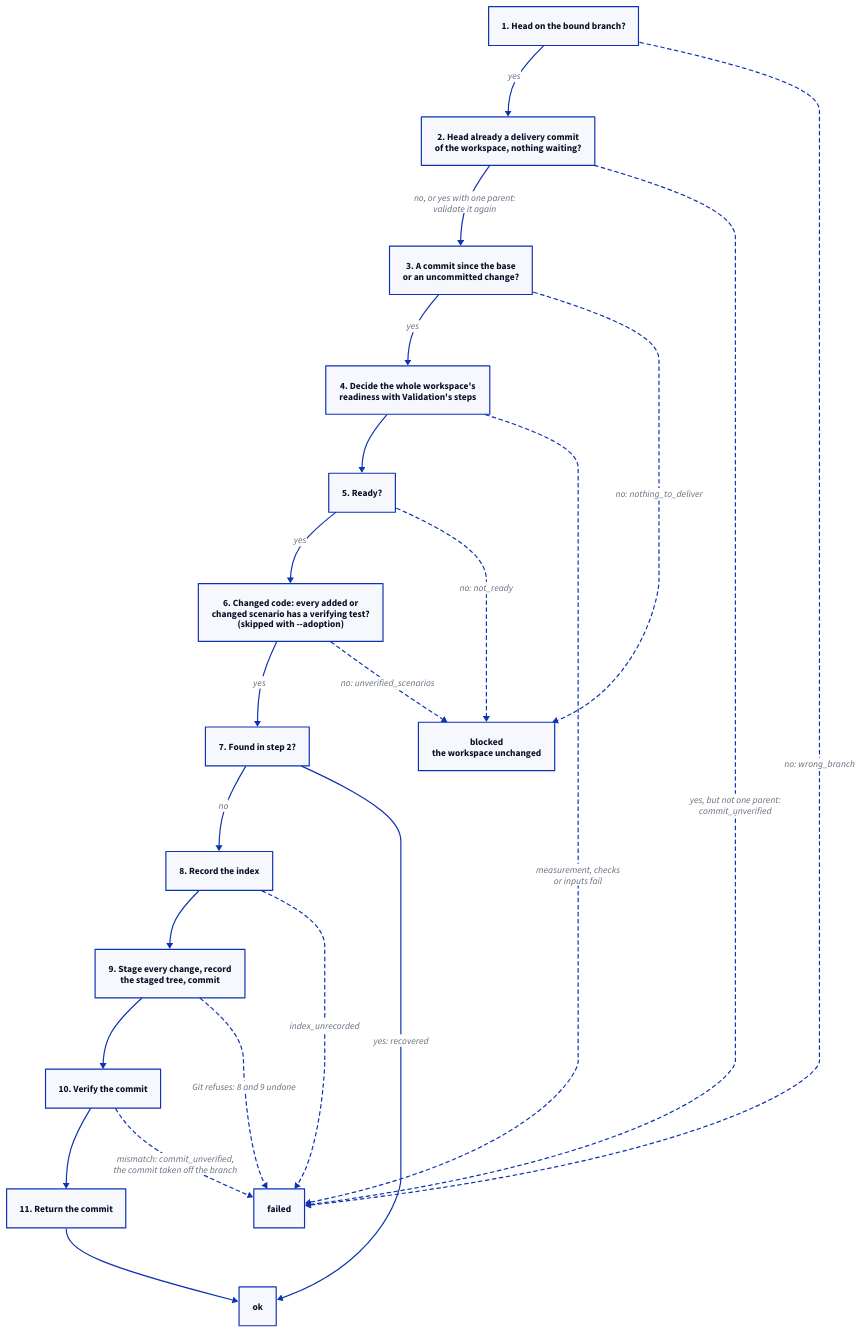
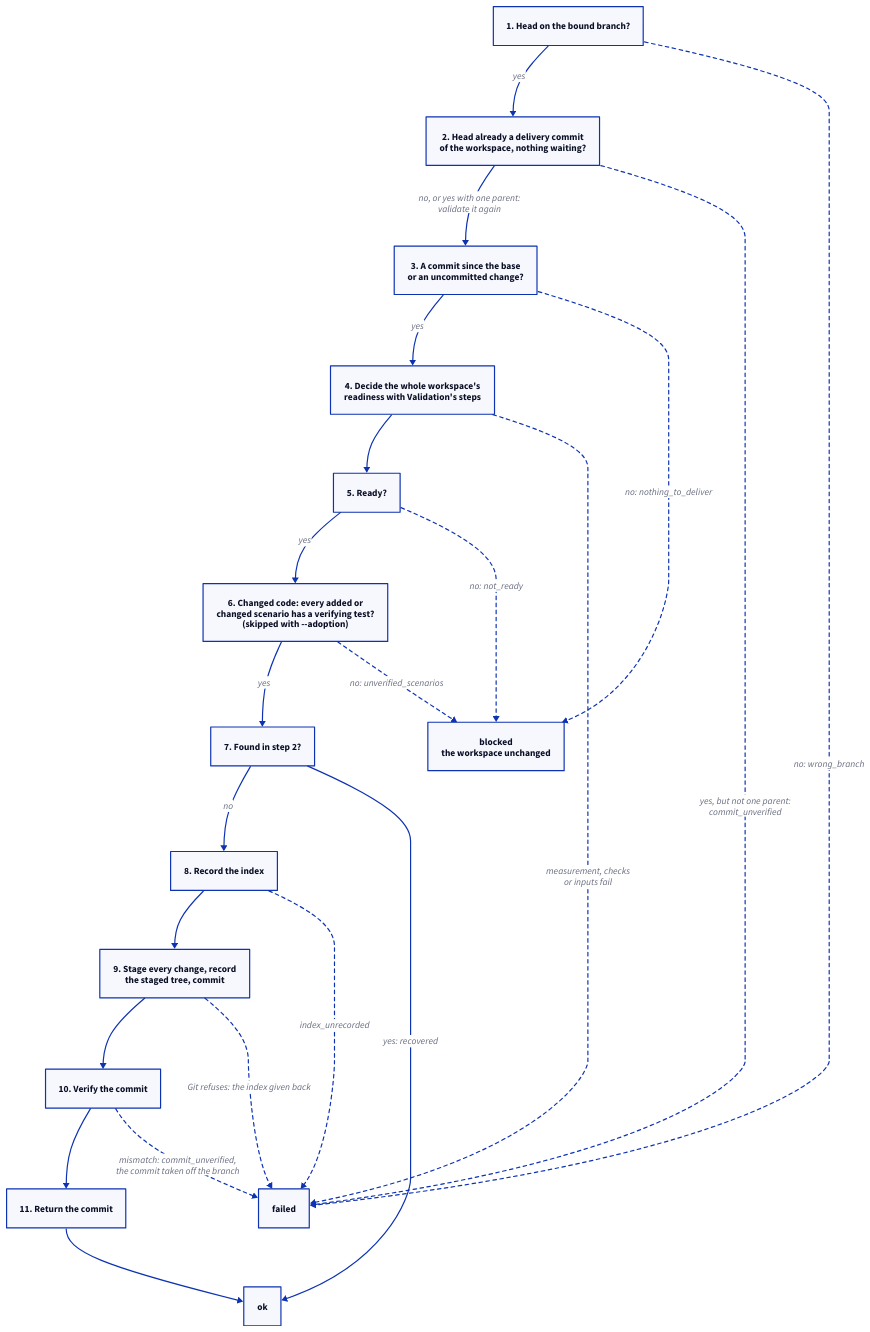
Before and after one commit to FTOD/concorde: the diagram in specs/concorde/method/delivery/module.md, drawn with D2. The commit also changed other lines of this file and 5 other files, not shown here.

````diff
--- a/specs/concorde/method/delivery/module.md
+++ b/specs/concorde/method/delivery/module.md
@@ -65,35 +65,35 @@
 ```d2 illustrative
 direction: down
 branch: "1. Head on the bound branch?"
 found: "2. Head already a delivery commit\nof the workspace, nothing waiting?"
 work: "3. A commit since the base\nor an uncommitted change?"
 readiness: "4. Decide the whole workspace's\nreadiness with Validation's steps"
 ready: "5. Ready?"
 tests: "6. Changed code: every added or\nchanged scenario has a verifying test?\n(skipped with --adoption)"
 reported: "7. Found in step 2?"
 index: "8. Record the index"
 commit: "9. Stage every change, record\nthe staged tree, commit"
 verify: "10. Verify the commit"
 output: "11. Return the commit"
 ok: "ok"
 blocked: "blocked\nthe workspace unchanged"
 failed: "failed"
 branch -> found: yes
 found -> work: "no, or yes with one parent:\nvalidate it again"
 work -> readiness: yes
 readiness -> ready
 ready -> tests: yes
 tests -> reported: yes
 reported -> index: no
 index -> commit -> verify -> output -> ok
 reported -> ok: "yes: recovered"
 found -> failed: "yes, but not one parent:\ncommit_unverified" {style.stroke-dash: 3}
 branch -> failed: "no: wrong_branch" {style.stroke-dash: 3}
 work -> blocked: "no: nothing_to_deliver" {style.stroke-dash: 3}
 readiness -> failed: "measurement, checks\nor inputs fail" {style.stroke-dash: 3}
 ready -> blocked: "no: not_ready" {style.stroke-dash: 3}
 tests -> blocked: "no: unverified_scenarios" {style.stroke-dash: 3}
 index -> failed: "index_unrecorded" {style.stroke-dash: 3}
-commit -> failed: "Git refuses: 8 and 9 undone" {style.stroke-dash: 3}
+commit -> failed: "Git refuses: the index given back" {style.stroke-dash: 3}
 verify -> failed: "mismatch: commit_unverified,\nthe commit taken off the branch" {style.stroke-dash: 3}
 ```
````
